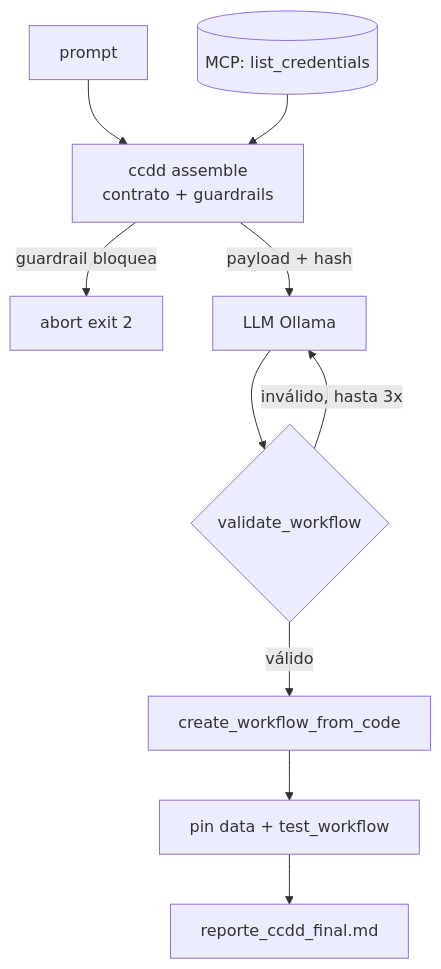
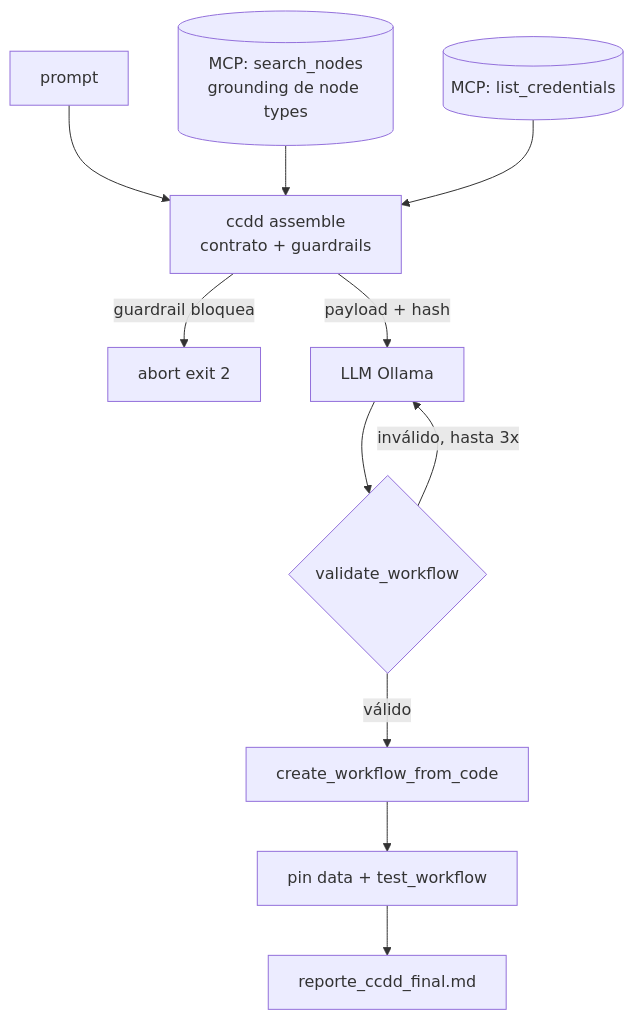
One commit to MauricioPerera/n8n-generator changed the diagram in README.md. Above: the diagram before and after it, drawn with Mermaid. The commit also changed other lines of this file and 4 other files, not shown here.

First line of the commit message:
feat: grounding de node types (search_nodes) — elimina la alucinación de nodos

````diff
--- a/README.md
+++ b/README.md
@@ -25,12 +25,13 @@
 ```mermaid
 flowchart TD
     P[prompt] --> A
-    MCP[(MCP: list_credentials)] --> A[ccdd assemble<br/>contrato + guardrails]
+    SN[(MCP: search_nodes<br/>grounding de node types)] --> A
+    CR[(MCP: list_credentials)] --> A[ccdd assemble<br/>contrato + guardrails]
     A -->|guardrail bloquea| X[abort exit 2]
     A -->|payload + hash| L[LLM Ollama]
     L --> V{validate_workflow}
     V -->|inválido, hasta 3x| L
     V -->|válido| C[create_workflow_from_code]
     C --> T[pin data + test_workflow]
     T --> R[reporte_ccdd_final.md]
 ```
````
